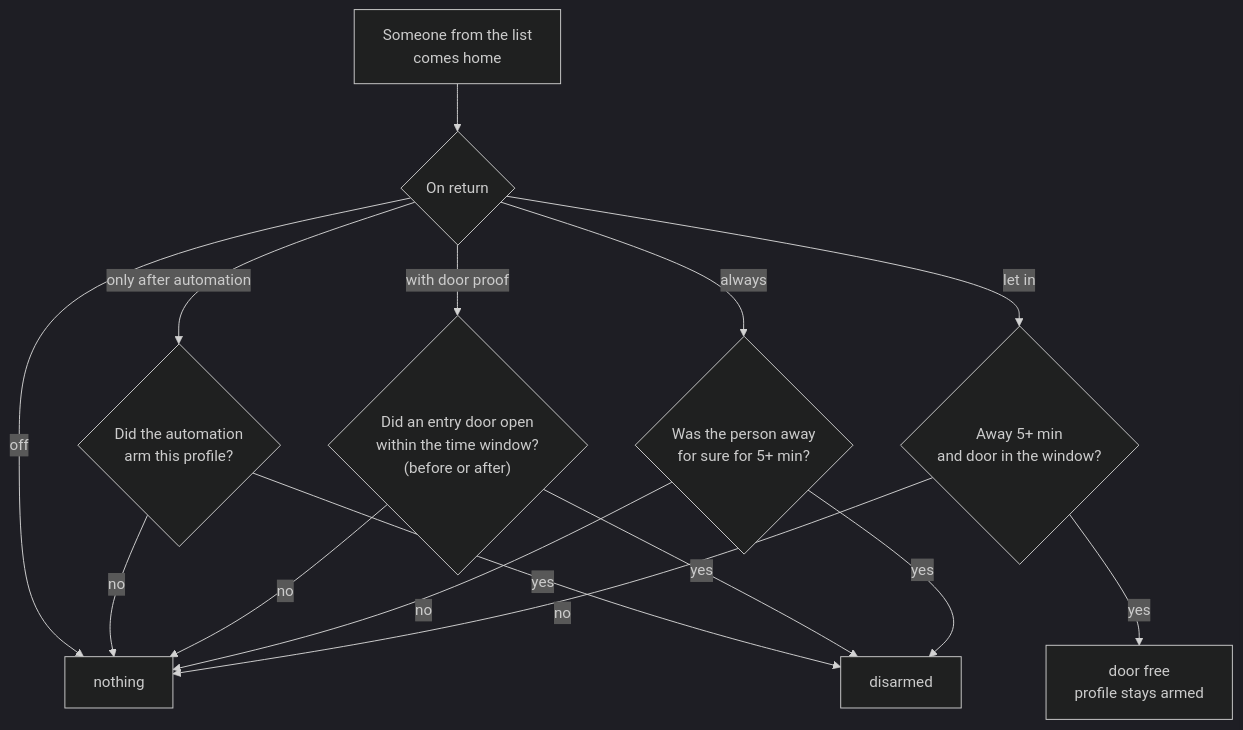
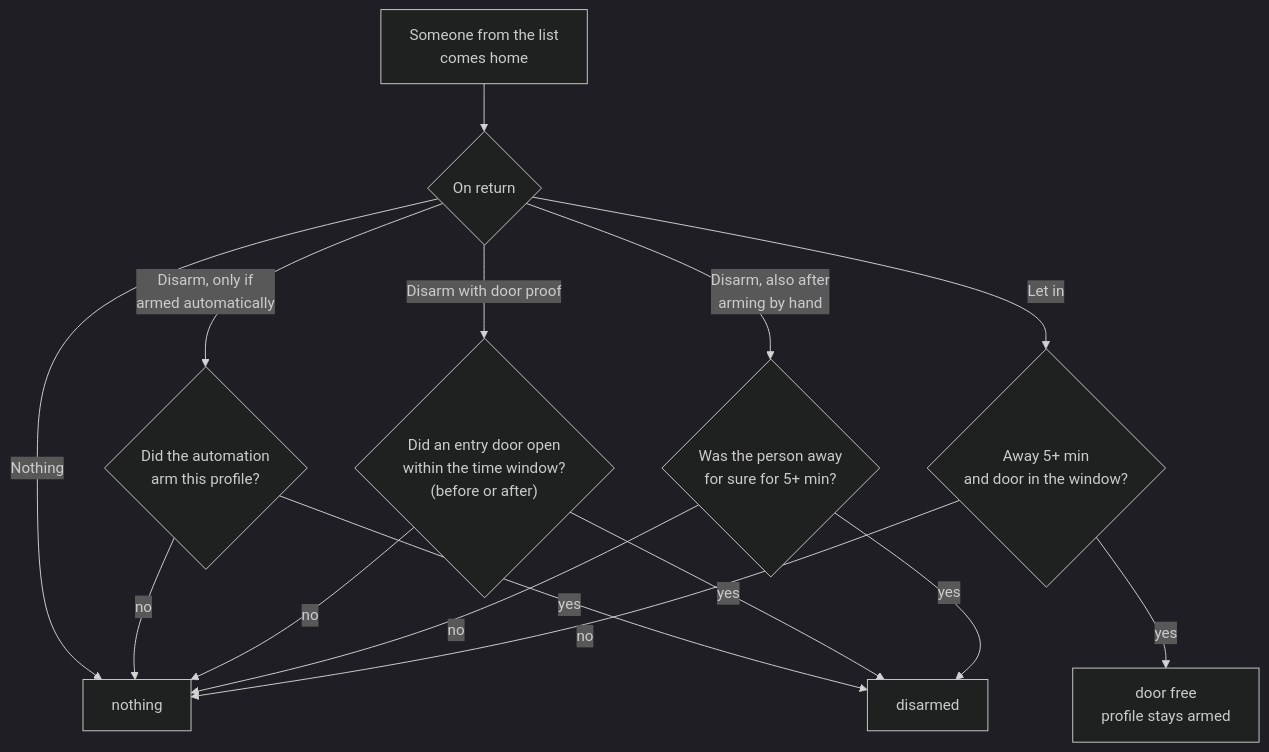
Before and after one commit to schlusenbaum/hauswacht: the third of 4 diagrams in docs/en/how-hauswacht-decides.md, drawn with Mermaid (dark theme). The commit also changed other lines of this file and 77 other files, not shown here.

````diff
--- a/docs/en/how-hauswacht-decides.md
+++ b/docs/en/how-hauswacht-decides.md
@@ -119,17 +119,17 @@
 ```mermaid
 flowchart TD
     H["Someone from the list<br/>comes home"] --> M{"On return"}
-    M -- off --> N["nothing"]
-    M -- "only after automation" --> AU{"Did the automation<br/>arm this profile?"}
+    M -- Nothing --> N["nothing"]
+    M -- "Disarm, only if<br/>armed automatically" --> AU{"Did the automation<br/>arm this profile?"}
     AU -- yes --> U["disarmed"]
     AU -- no --> N
-    M -- "with door proof" --> TB{"Did an entry door open<br/>within the time window?<br/>(before or after)"}
+    M -- "Disarm with door proof" --> TB{"Did an entry door open<br/>within the time window?<br/>(before or after)"}
     TB -- yes --> U
     TB -- no --> N
-    M -- always --> LW{"Was the person away<br/>for sure for 5+ min?"}
+    M -- "Disarm, also after<br/>arming by hand" --> LW{"Was the person away<br/>for sure for 5+ min?"}
     LW -- yes --> U
     LW -- no --> N
-    M -- "let in" --> RL{"Away 5+ min<br/>and door in the window?"}
+    M -- "Let in" --> RL{"Away 5+ min<br/>and door in the window?"}
     RL -- yes --> S["door free<br/>profile stays armed"]
     RL -- no --> N
 ```
````
